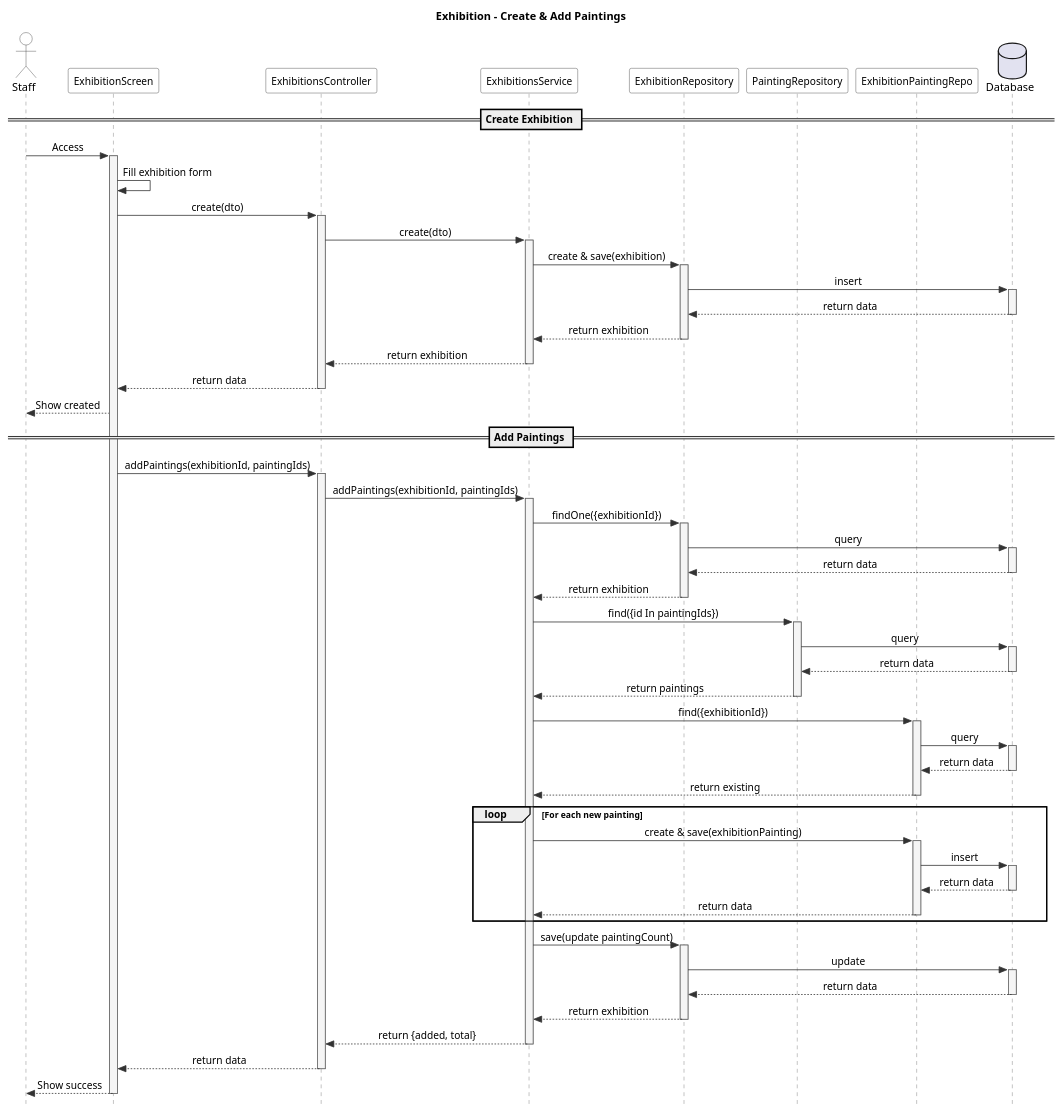
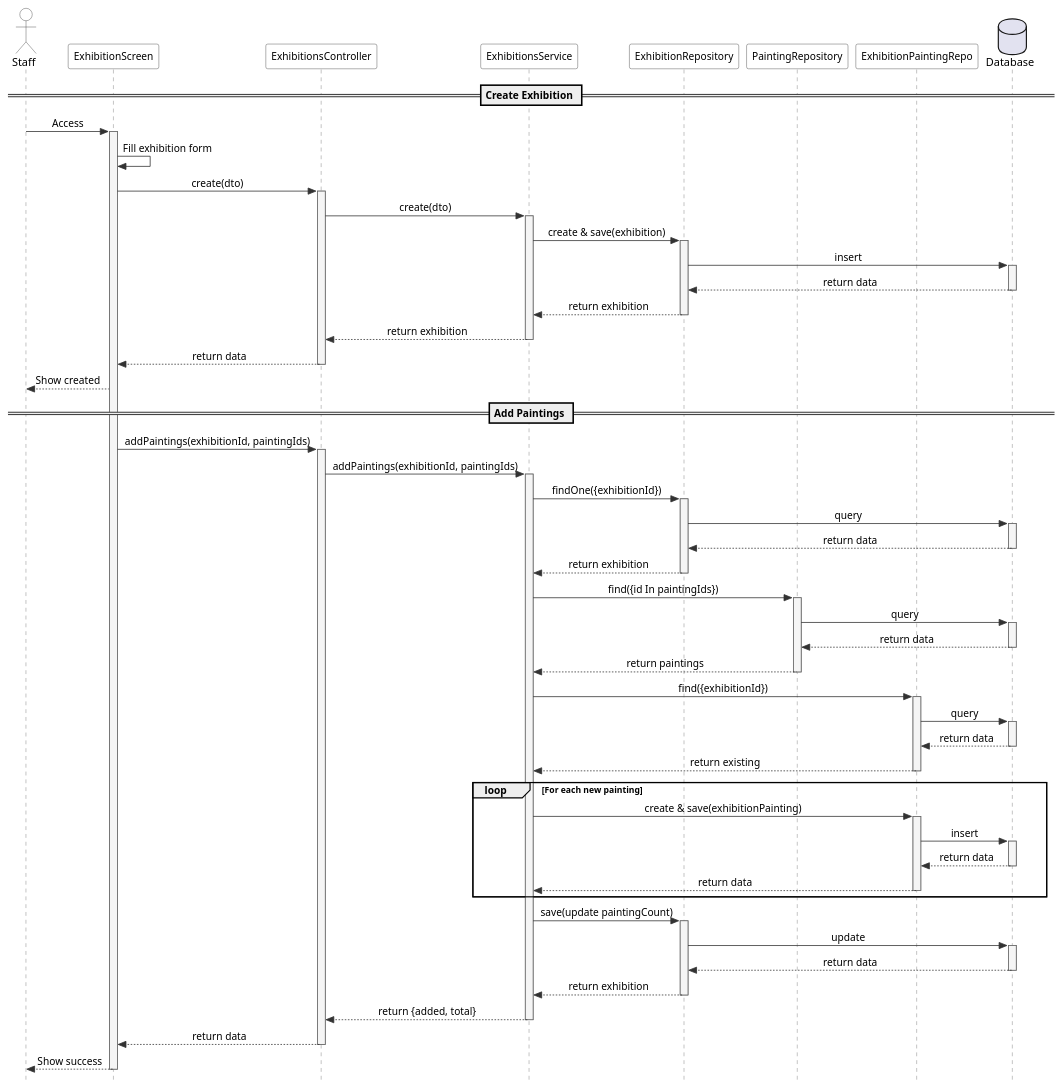
Before and after one commit to viethoang1520/artchain-server: the diagram in documents/exhibition/sequence-exhibition-create-add-paintings.puml, drawn with PlantUML. The commit also changed 57 other files, not shown here.

```diff
--- a/documents/exhibition/sequence-exhibition-create-add-paintings.puml
+++ b/documents/exhibition/sequence-exhibition-create-add-paintings.puml
@@ -1,118 +1,116 @@
 @startuml Exhibition - Create & Add Paintings
 
 skinparam style strictuml
 skinparam backgroundColor White
 skinparam sequenceMessageAlign center
 skinparam sequence {
   ArrowColor #333333
   LifeLineBorderColor #666666
   LifeLineBackgroundColor #F5F5F5
   ParticipantBorderColor #333333
   ParticipantBackgroundColor #FFFFFF
   ParticipantFontSize 13
   ActorBorderColor #333333
   ActorBackgroundColor #FFFFFF
 }
-
-title Exhibition - Create & Add Paintings
 
 actor Staff
 participant "ExhibitionScreen" as Screen
 participant "ExhibitionsController" as Controller
 participant "ExhibitionsService" as Service
 participant "ExhibitionRepository" as ExhRepo
 participant "PaintingRepository" as PaintRepo
 participant "ExhibitionPaintingRepo" as EPRepo
 database "Database" as DB
 
 == Create Exhibition ==
 
 Staff -> Screen : Access
 activate Screen
 
 Screen -> Screen : Fill exhibition form
 
 Screen -> Controller : create(dto)
 activate Controller
 
 Controller -> Service : create(dto)
 activate Service
 
 Service -> ExhRepo : create & save(exhibition)
 activate ExhRepo
 ExhRepo -> DB : insert
 activate DB
 DB --> ExhRepo : return data
 deactivate DB
 ExhRepo --> Service : return exhibition
 deactivate ExhRepo
 
 Service --> Controller : return exhibition
 deactivate Service
 Controller --> Screen : return data
 deactivate Controller
 Screen --> Staff : Show created
 
 == Add Paintings ==
 
 Screen -> Controller : addPaintings(exhibitionId, paintingIds)
 activate Controller
 
 Controller -> Service : addPaintings(exhibitionId, paintingIds)
 activate Service
 
 Service -> ExhRepo : findOne({exhibitionId})
 activate ExhRepo
 ExhRepo -> DB : query
 activate DB
 DB --> ExhRepo : return data
 deactivate DB
 ExhRepo --> Service : return exhibition
 deactivate ExhRepo
 
 Service -> PaintRepo : find({id In paintingIds})
 activate PaintRepo
 PaintRepo -> DB : query
 activate DB
 DB --> PaintRepo : return data
 deactivate DB
 PaintRepo --> Service : return paintings
 deactivate PaintRepo
 
 Service -> EPRepo : find({exhibitionId})
 activate EPRepo
 EPRepo -> DB : query
 activate DB
 DB --> EPRepo : return data
 deactivate DB
 EPRepo --> Service : return existing
 deactivate EPRepo
 
 loop For each new painting
   Service -> EPRepo : create & save(exhibitionPainting)
   activate EPRepo
   EPRepo -> DB : insert
   activate DB
   DB --> EPRepo : return data
   deactivate DB
   EPRepo --> Service : return data
   deactivate EPRepo
 end
 
 Service -> ExhRepo : save(update paintingCount)
 activate ExhRepo
 ExhRepo -> DB : update
 activate DB
 DB --> ExhRepo : return data
 deactivate DB
 ExhRepo --> Service : return exhibition
 deactivate ExhRepo
 
 Service --> Controller : return {added, total}
 deactivate Service
 Controller --> Screen : return data
 deactivate Controller
 Screen --> Staff : Show success
 deactivate Screen
 
 @enduml
```
